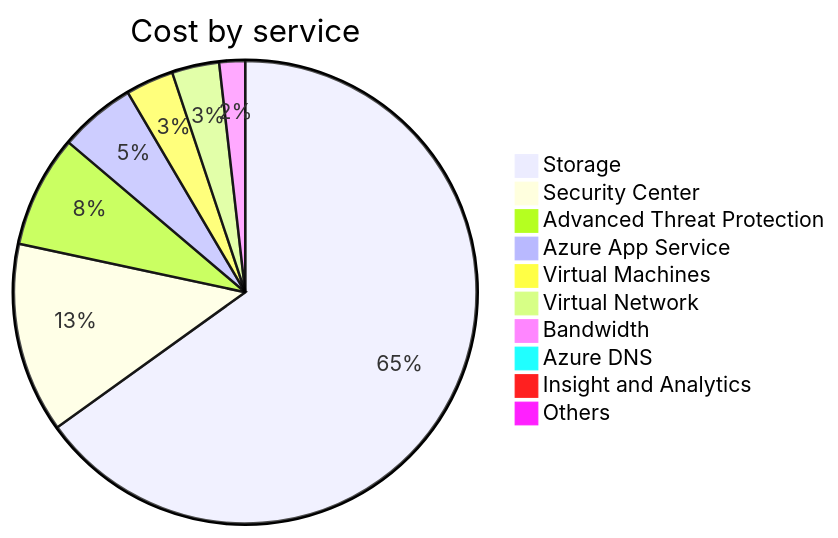
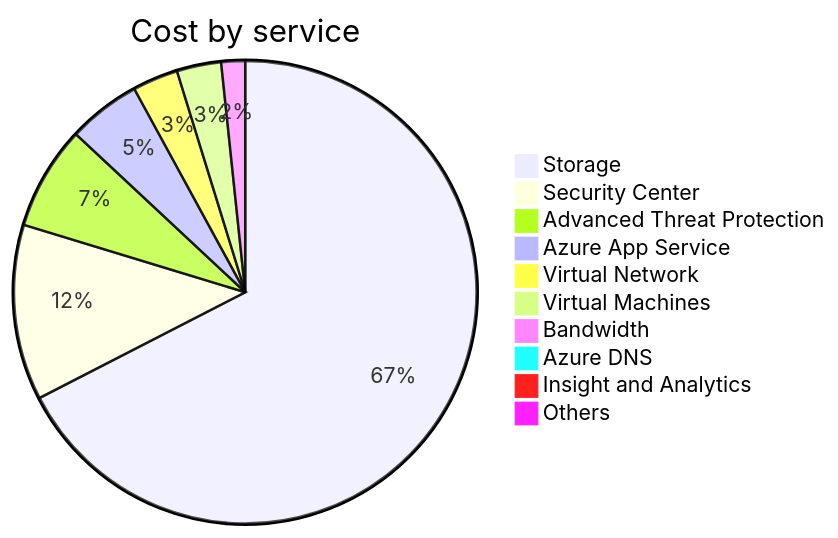
Before and after one commit to jpfulton/azure-personal-reports: the second of 4 diagrams in cost-reports/accumulated-cost.md, drawn with Mermaid. The commit also changed other lines of this file and 37 other files, not shown here.

````diff
--- a/cost-reports/accumulated-cost.md
+++ b/cost-reports/accumulated-cost.md
@@ -102,14 +102,14 @@
 ```mermaid
 pie
    title Cost by service
-   "Storage" : 96.99
+   "Storage" : 108.85
    "Security Center" : 19.78
-   "Advanced Threat Protection" : 11.68
-   "Azure App Service" : 7.96
+   "Advanced Threat Protection" : 11.70
+   "Azure App Service" : 8.23
+   "Virtual Network" : 5.14
    "Virtual Machines" : 5.00
-   "Virtual Network" : 4.92
    "Bandwidth" : 2.69
-   "Azure DNS" : 0.66
+   "Azure DNS" : 0.68
    "Insight and Analytics" : 0.00
    "Others" : 0.00
 ```
````
